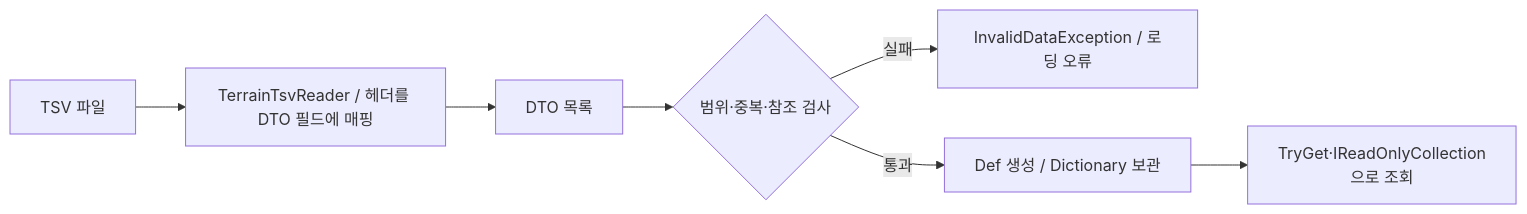
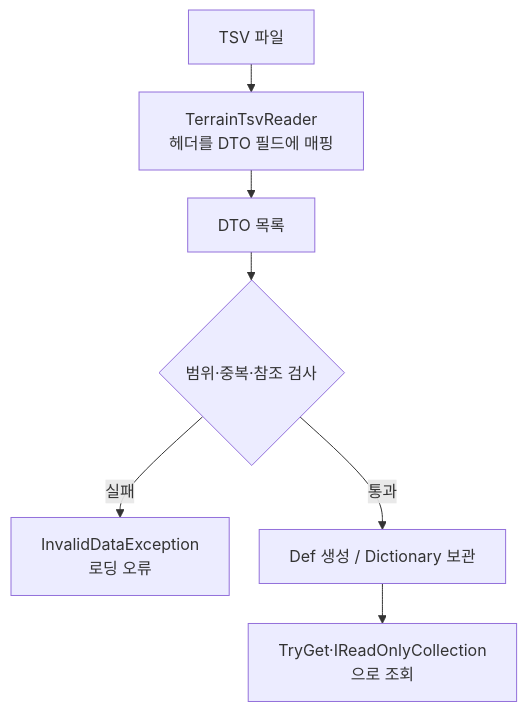
Before and after one commit to keeeery/portfolio: the third of 7 diagrams in src/3-Folk-Sack/TechDoc_FolkSack.md, drawn with Mermaid. The commit also changed other lines of this file and 11 other files, not shown here.

Commit message:
기술 문서 다이어그램 정리: 세로 배치·복귀 상태 분리, Folk Sack 구조도 지형 연결 맞추기, 주요 패키지 바로잡기

````diff
--- a/src/3-Folk-Sack/TechDoc_FolkSack.md
+++ b/src/3-Folk-Sack/TechDoc_FolkSack.md
@@ -233,9 +240,10 @@
 ```mermaid
-flowchart LR
-    TSV["TSV 파일"] --> Reader["TerrainTsvReader / 헤더를 DTO 필드에 매핑"]
+%%{init: {"flowchart": {"rankSpacing": 28, "nodeSpacing": 30}}}%%
+flowchart TB
+    TSV["TSV 파일"] --> Reader["TerrainTsvReader<br/>헤더를 DTO 필드에 매핑"]
     Reader --> DTO["DTO 목록"]
     DTO --> Check{"범위·중복·참조 검사"}
-    Check -->|실패| Error["InvalidDataException / 로딩 오류"]
+    Check -->|실패| Error["InvalidDataException<br/>로딩 오류"]
     Check -->|통과| Def["Def 생성 / Dictionary 보관"]
     Def --> Use["TryGet·IReadOnlyCollection으로 조회"]
 ```
````
